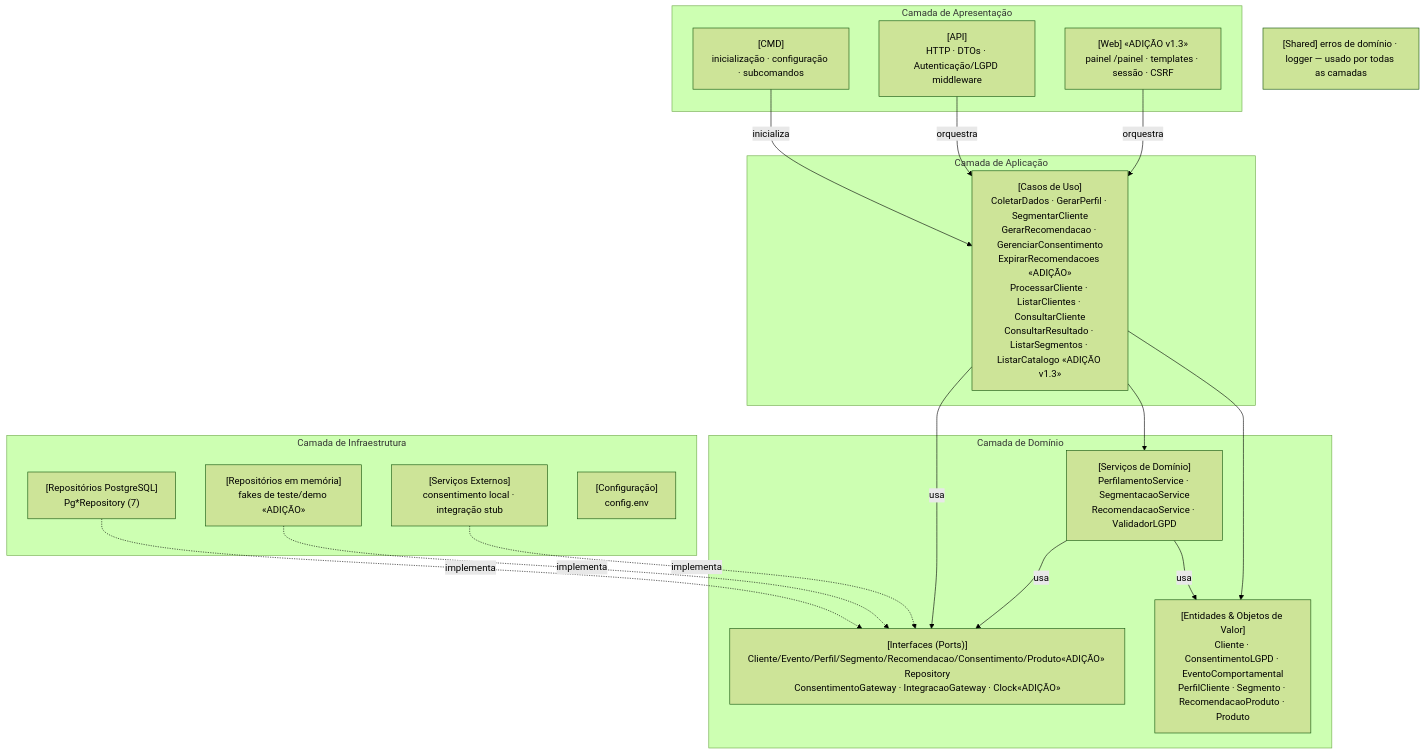
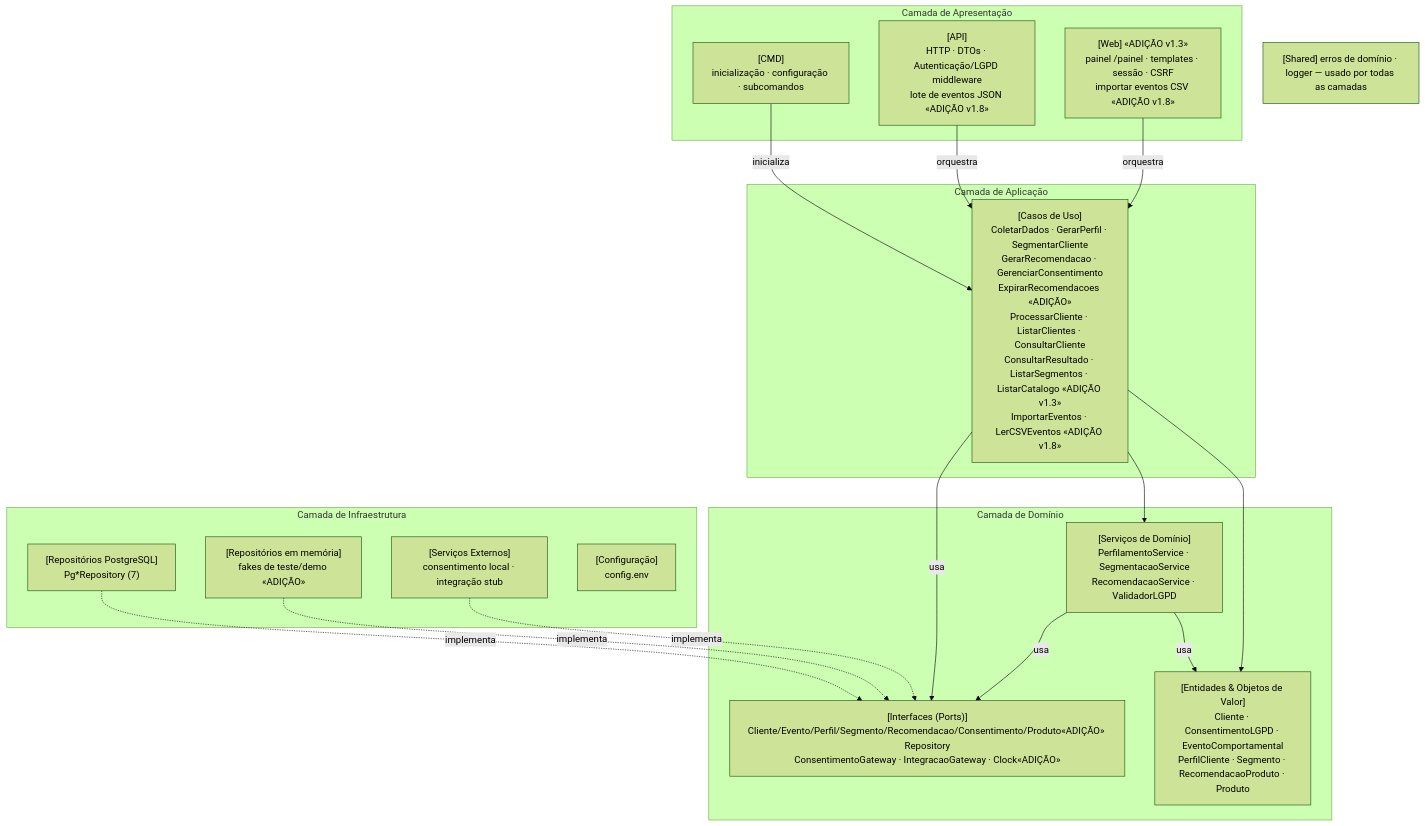
The diagram in docs/uml/UML7_componentes.md (sthefanyblima/perfila), drawn with Mermaid (forest theme) before and after one commit. The commit also changed other lines of this file and 7 other files, not shown here.

Commit message:
T-65: Spec v1.8 da importação de eventos em lote, UML7 e importacao.feature (Q-47)

````diff
--- a/docs/uml/UML7_componentes.md
+++ b/docs/uml/UML7_componentes.md
@@ -10,35 +10,35 @@
 ```mermaid
 flowchart TB
   subgraph AP["Camada de Apresentação"]
     CMD["[CMD]<br/>inicialização · configuração · subcomandos"]
-    API["[API]<br/>HTTP · DTOs · Autenticação/LGPD middleware"]
-    WEB["[Web] «ADIÇÃO v1.3»<br/>painel /painel · templates · sessão · CSRF"]
+    API["[API]<br/>HTTP · DTOs · Autenticação/LGPD middleware<br/>lote de eventos JSON «ADIÇÃO v1.8»"]
+    WEB["[Web] «ADIÇÃO v1.3»<br/>painel /painel · templates · sessão · CSRF<br/>importar eventos CSV «ADIÇÃO v1.8»"]
   end
   subgraph APP["Camada de Aplicação"]
-    UC["[Casos de Uso]<br/>ColetarDados · GerarPerfil · SegmentarCliente<br/>GerarRecomendacao · GerenciarConsentimento<br/>ExpirarRecomendacoes «ADIÇÃO»<br/>ProcessarCliente · ListarClientes · ConsultarCliente<br/>ConsultarResultado · ListarSegmentos · ListarCatalogo «ADIÇÃO v1.3»"]
+    UC["[Casos de Uso]<br/>ColetarDados · GerarPerfil · SegmentarCliente<br/>GerarRecomendacao · GerenciarConsentimento<br/>ExpirarRecomendacoes «ADIÇÃO»<br/>ProcessarCliente · ListarClientes · ConsultarCliente<br/>ConsultarResultado · ListarSegmentos · ListarCatalogo «ADIÇÃO v1.3»<br/>ImportarEventos · LerCSVEventos «ADIÇÃO v1.8»"]
   end
   subgraph DOM["Camada de Domínio"]
     ENT["[Entidades & Objetos de Valor]<br/>Cliente · ConsentimentoLGPD · EventoComportamental<br/>PerfilCliente · Segmento · RecomendacaoProduto · Produto"]
     SVC["[Serviços de Domínio]<br/>PerfilamentoService · SegmentacaoService<br/>RecomendacaoService · ValidadorLGPD"]
     PORT["[Interfaces (Ports)]<br/>Cliente/Evento/Perfil/Segmento/Recomendacao/Consentimento/Produto«ADIÇÃO» Repository<br/>ConsentimentoGateway · IntegracaoGateway · Clock«ADIÇÃO»"]
   end
   subgraph INF["Camada de Infraestrutura"]
     PG["[Repositórios PostgreSQL]<br/>Pg*Repository (7)"]
     MEM["[Repositórios em memória]<br/>fakes de teste/demo «ADIÇÃO»"]
     EXT["[Serviços Externos]<br/>consentimento local · integração stub"]
     CFG["[Configuração]<br/>config.env"]
   end
   SH["[Shared] erros de domínio · logger — usado por todas as camadas"]
 
   CMD -- inicializa --> UC
   API -- orquestra --> UC
   WEB -- orquestra --> UC
   UC --> ENT
   UC --> SVC
   UC -- usa --> PORT
   SVC -- usa --> ENT
   SVC -- usa --> PORT
   PG -. implementa .-> PORT
   MEM -. implementa .-> PORT
   EXT -. implementa .-> PORT
 ```
````
